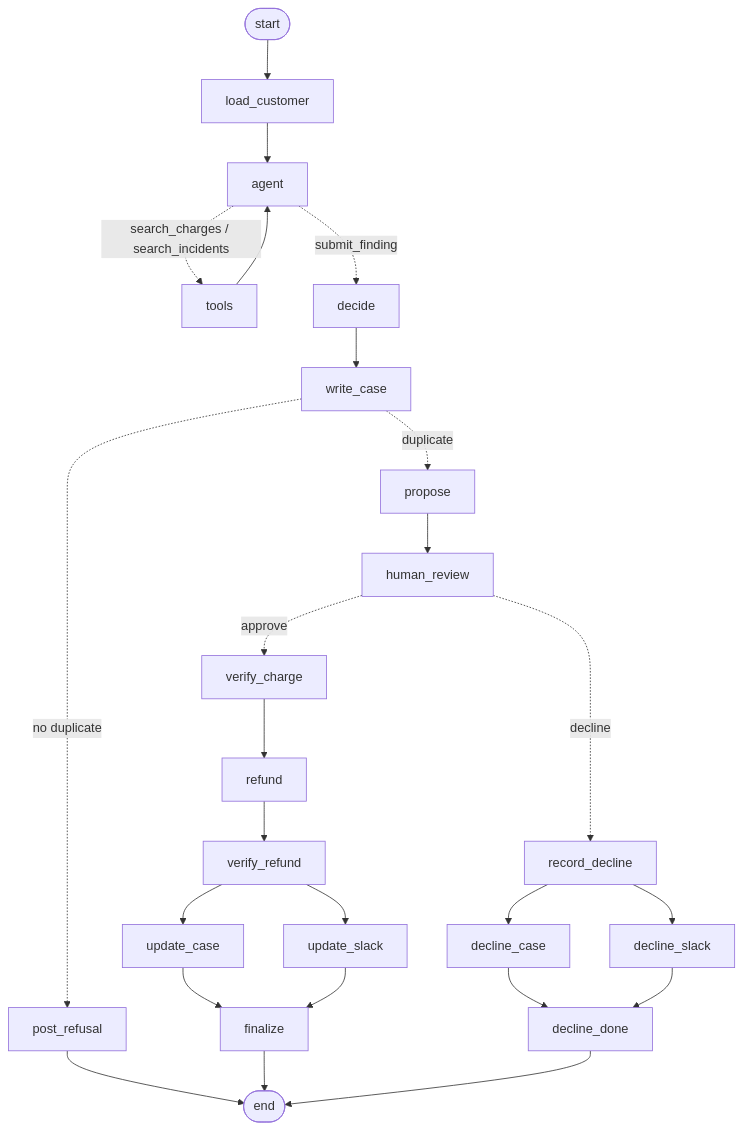
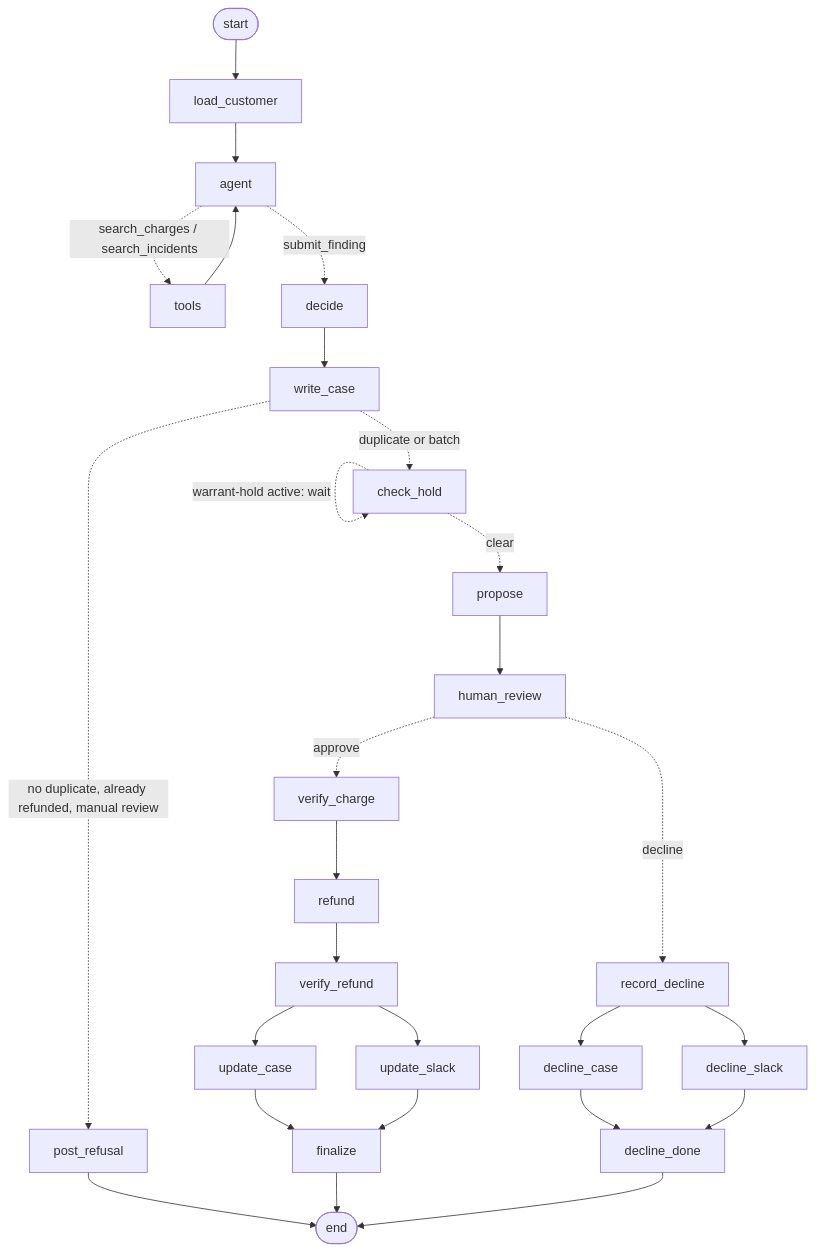
The diagram in README.md (calledAdo/warrant), drawn with Mermaid before and after one commit. The commit also changed other lines of this file and 3 other files, not shown here.

````diff
--- a/README.md
+++ b/README.md
@@ -82,27 +96,29 @@
 ```mermaid
 graph TD;
   start([start]) --> load_customer;
   load_customer --> agent;
   agent -.->|search_charges / search_incidents| tools;
   tools --> agent;
   agent -.->|submit_finding| decide;
   decide --> write_case;
-  write_case -.->|duplicate| propose;
-  write_case -.->|no duplicate| post_refusal;
+  write_case -.->|duplicate or batch| check_hold;
+  write_case -.->|no duplicate, already refunded, manual review| post_refusal;
+  check_hold -.->|warrant-hold active: wait| check_hold;
+  check_hold -.->|clear| propose;
   post_refusal --> done([end]);
   propose --> human_review;
   human_review -.->|approve| verify_charge;
   human_review -.->|decline| record_decline;
   verify_charge --> refund;
   refund --> verify_refund;
   verify_refund --> update_case;
   verify_refund --> update_slack;
   update_case --> finalize;
   update_slack --> finalize;
   finalize --> done;
   record_decline --> decline_case;
   record_decline --> decline_slack;
   decline_case --> decline_done;
   decline_slack --> decline_done;
   decline_done --> done;
 ```
````
